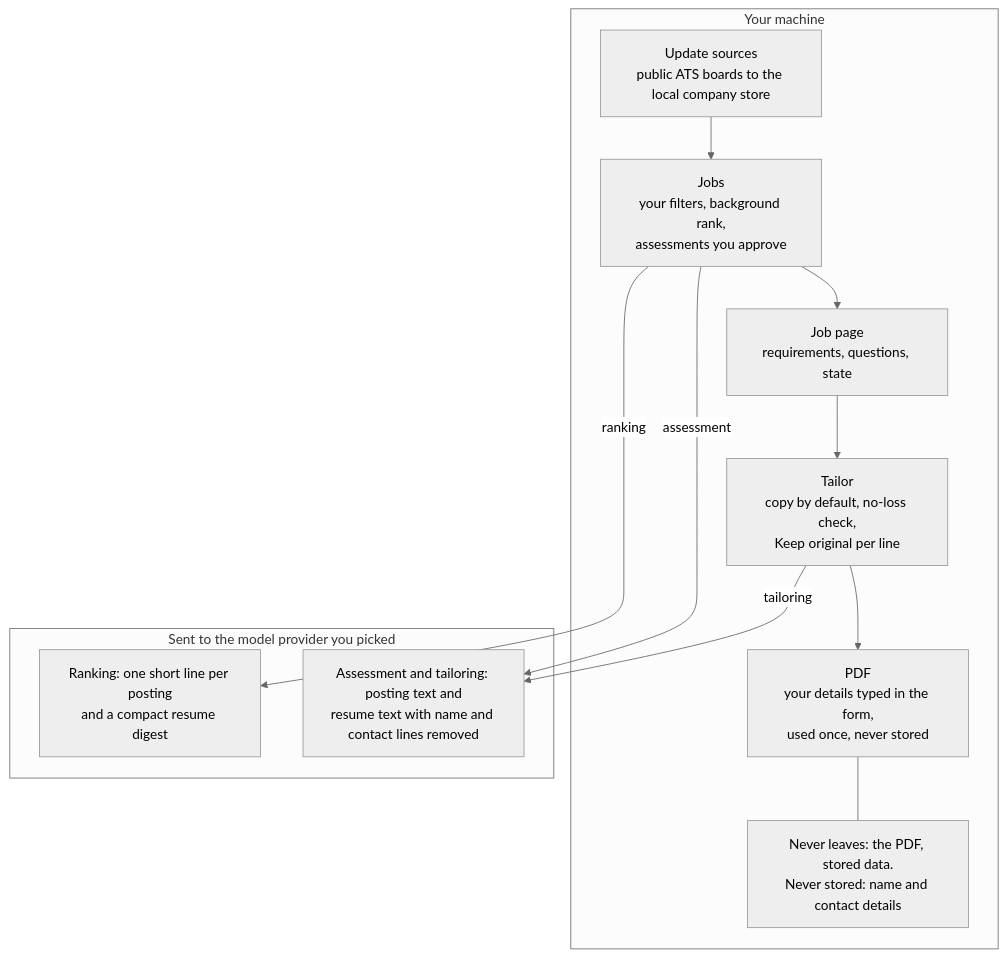
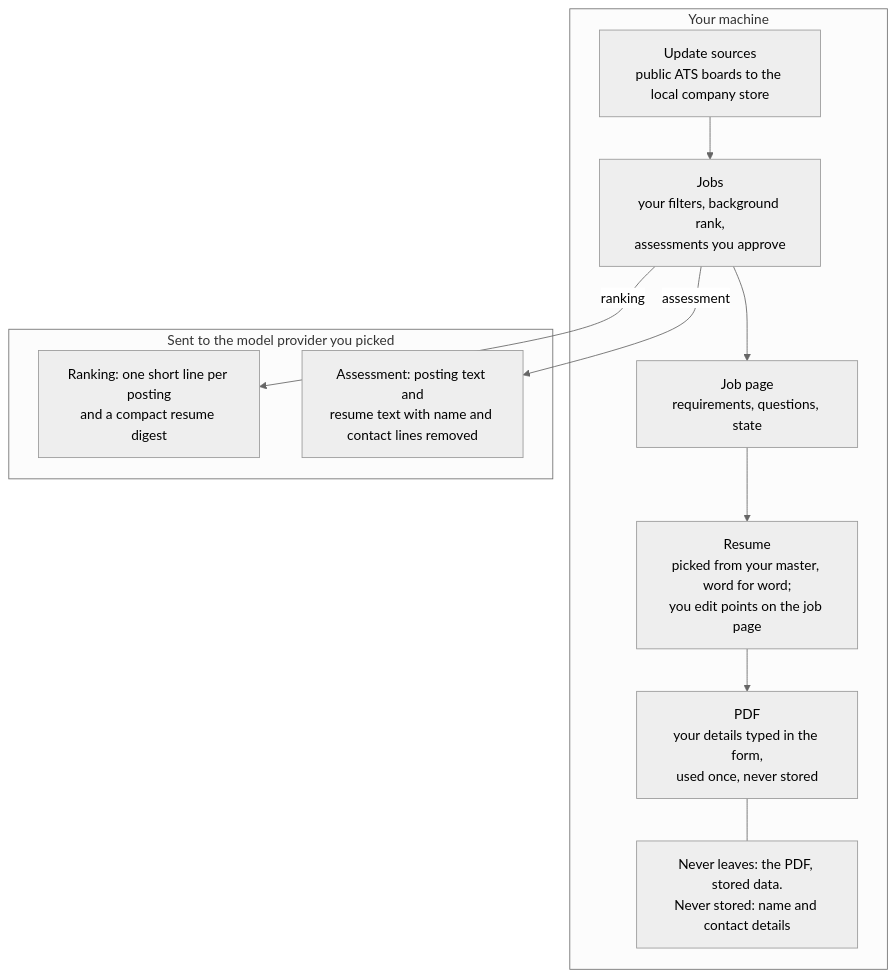
The diagram in gigai-docs/src/content/docs/scout/index.md (karthik446/gigai), drawn with Mermaid (neutral theme) before and after one commit. The commit also changed other lines of this file and 52 other files, not shown here.

Commit message:
docs: the user docs checked against the final UI (Points list, preview and slider, assess batch, chips, waiting resume, page breaks, header, jobs folder, cover letters); fresh screenshots from the final UI; the no-stored-resume message no longer points at the switched-off tailor command

````diff
--- a/gigai-docs/src/content/docs/scout/index.md
+++ b/gigai-docs/src/content/docs/scout/index.md
@@ -57,20 +57,19 @@
 ```mermaid
 flowchart TB
   subgraph Local["Your machine"]
     Boards["Update sources<br/>public ATS boards to the local company store"]
     Run["Jobs<br/>your filters, background rank,<br/>assessments you approve"]
     Page["Job page<br/>requirements, questions, state"]
-    Tailor["Tailor<br/>copy by default, no-loss check,<br/>Keep original per line"]
+    Tailor["Resume<br/>picked from your master, word for word;<br/>you edit points on the job page"]
     Pdf["PDF<br/>your details typed in the form,<br/>used once, never stored"]
     Kept["Never leaves: the PDF, stored data.<br/>Never stored: name and contact details"]
     Boards --> Run --> Page --> Tailor --> Pdf
     Pdf --- Kept
   end
   subgraph Sent["Sent to the model provider you picked"]
     RankIn["Ranking: one short line per posting<br/>and a compact resume digest"]
-    TextIn["Assessment and tailoring: posting text and<br/>resume text with name and contact lines removed"]
+    TextIn["Assessment: posting text and<br/>resume text with name and contact lines removed"]
   end
   Run -- "ranking" --> RankIn
   Run -- "assessment" --> TextIn
-  Tailor -- "tailoring" --> TextIn
 ```
````
